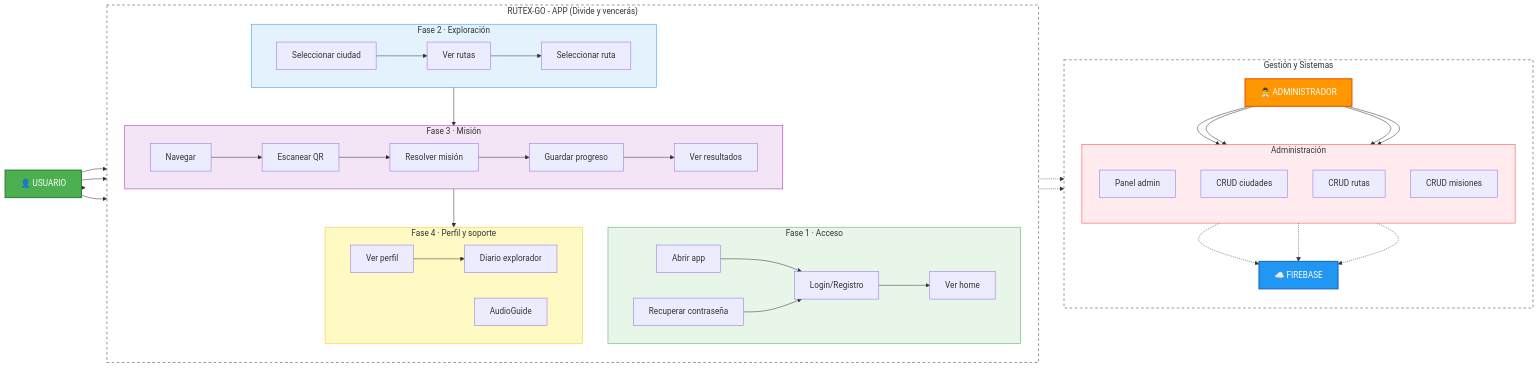
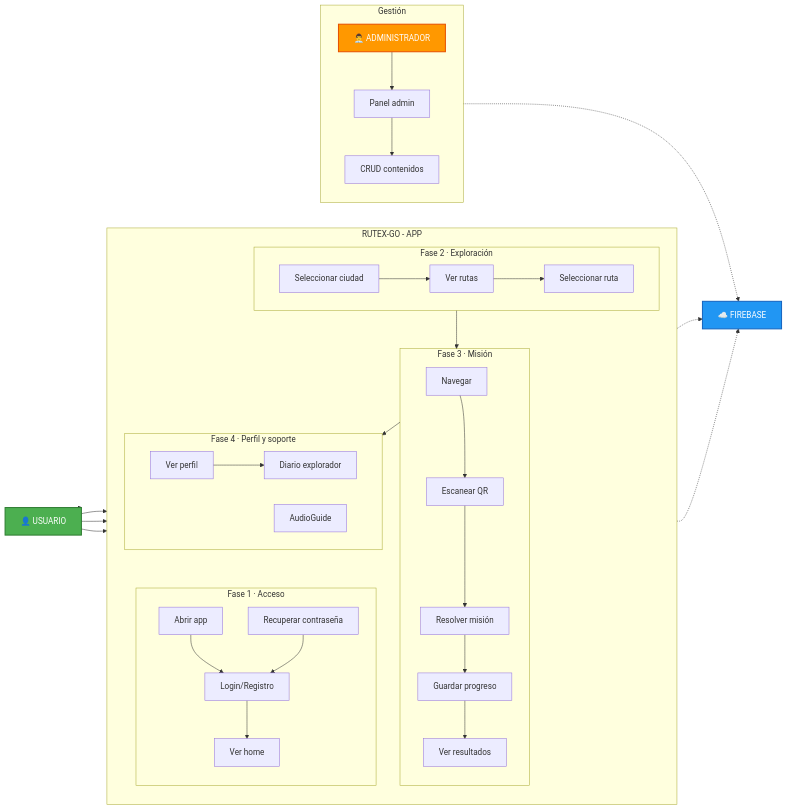
The fourth of 4 diagrams in diagrama secuencia.md (TurisTechTeam-Dev/rutexgo-assets), drawn with Mermaid before and after one commit.

Commit message:
Update diagrama secuencia.md

````diff
--- a/diagrama secuencia.md
+++ b/diagrama secuencia.md
@@ -235,14 +235,11 @@
 ```mermaid
 flowchart LR
-    %% ========== COLUMNA 1 ==========
     U["👤 USUARIO"]
 
-    %% ========== COLUMNA 2 ==========
-    subgraph APP["RUTEX-GO - APP (Divide y vencerás)"]
+    subgraph APP["RUTEX-GO - APP"]
         direction TB
 
         subgraph F1["Fase 1 · Acceso"]
-            direction LR
             A1["Abrir app"]
             A2["Login/Registro"]
             A3["Recuperar contraseña"]
@@ -252,7 +249,6 @@
         end
 
         subgraph F2["Fase 2 · Exploración"]
-            direction LR
             B1["Seleccionar ciudad"]
             B2["Ver rutas"]
             B3["Seleccionar ruta"]
@@ -260,7 +256,6 @@
         end
 
         subgraph F3["Fase 3 · Misión"]
-            direction LR
             C1["Navegar"]
             C2["Escanear QR"]
             C3["Resolver misión"]
@@ -270,7 +265,6 @@
         end
 
         subgraph F4["Fase 4 · Perfil y soporte"]
-            direction LR
             D1["Ver perfil"]
             D2["Diario explorador"]
             D3["AudioGuide"]
@@ -278,53 +272,32 @@
         end
     end
 
-    %% ========== COLUMNA 3 ==========
-    subgraph GESTION["Gestión y Sistemas"]
+    subgraph GESTION["Gestión"]
         direction TB
         A["👨‍💼 ADMINISTRADOR"]
-
-        subgraph ADM["Administración"]
-            direction TB
-            E1["Panel admin"]
-            E2["CRUD ciudades"]
-            E3["CRUD rutas"]
-            E4["CRUD misiones"]
-        end
-
-        F["☁️ FIREBASE"]
+        E1["Panel admin"]
+        E2["CRUD contenidos"]
+        A --> E1 --> E2
     end
 
-    %% ---------- Conexiones externas ----------
+    F["☁️ FIREBASE"]
+
+    %% Usuario
     U --> F1
     U --> F2
     U --> F3
     U --> F4
 
+    %% Flujo principal
     F2 --> F3
     F3 --> F4
 
-    A --> E1
-    A --> E2
-    A --> E3
-    A --> E4
-
+    %% Integración mínima con Firebase (solo puntos críticos)
     A2 -.-> F
     C4 -.-> F
     E2 -.-> F
-    E3 -.-> F
-    E4 -.-> F
 
-    %% ---------- Estilos ----------
     style U fill:#4CAF50,stroke:#2E7D32,stroke-width:2px,color:#fff
     style A fill:#FF9800,stroke:#E65100,stroke-width:2px,color:#fff
     style F fill:#2196F3,stroke:#1565C0,stroke-width:2px,color:#fff
-
-    style APP fill:none,stroke:#999,stroke-width:2px,stroke-dasharray:5 5
-    style GESTION fill:none,stroke:#999,stroke-width:2px,stroke-dasharray:5 5
-
-    style F1 fill:#E8F5E9,stroke:#4CAF50,stroke-width:1px
-    style F2 fill:#E3F2FD,stroke:#2196F3,stroke-width:1px
-    style F3 fill:#F3E5F5,stroke:#9C27B0,stroke-width:1px
-    style F4 fill:#FFF9C4,stroke:#FBC02D,stroke-width:1px
-    style ADM fill:#FFEBEE,stroke:#F44336,stroke-width:1px
 ```
````
